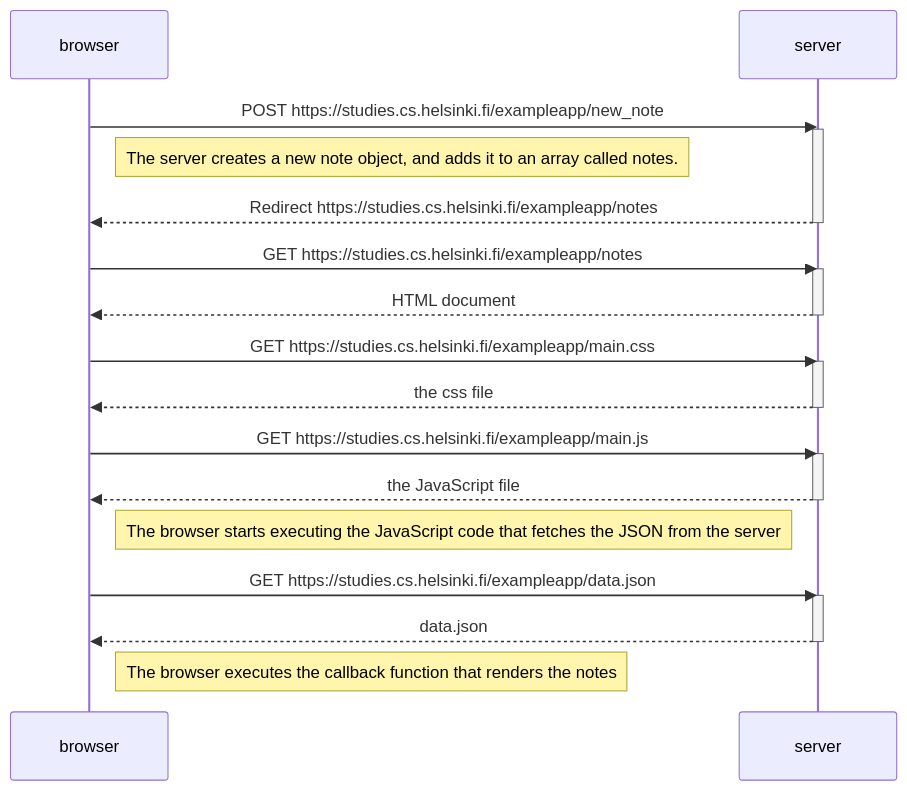
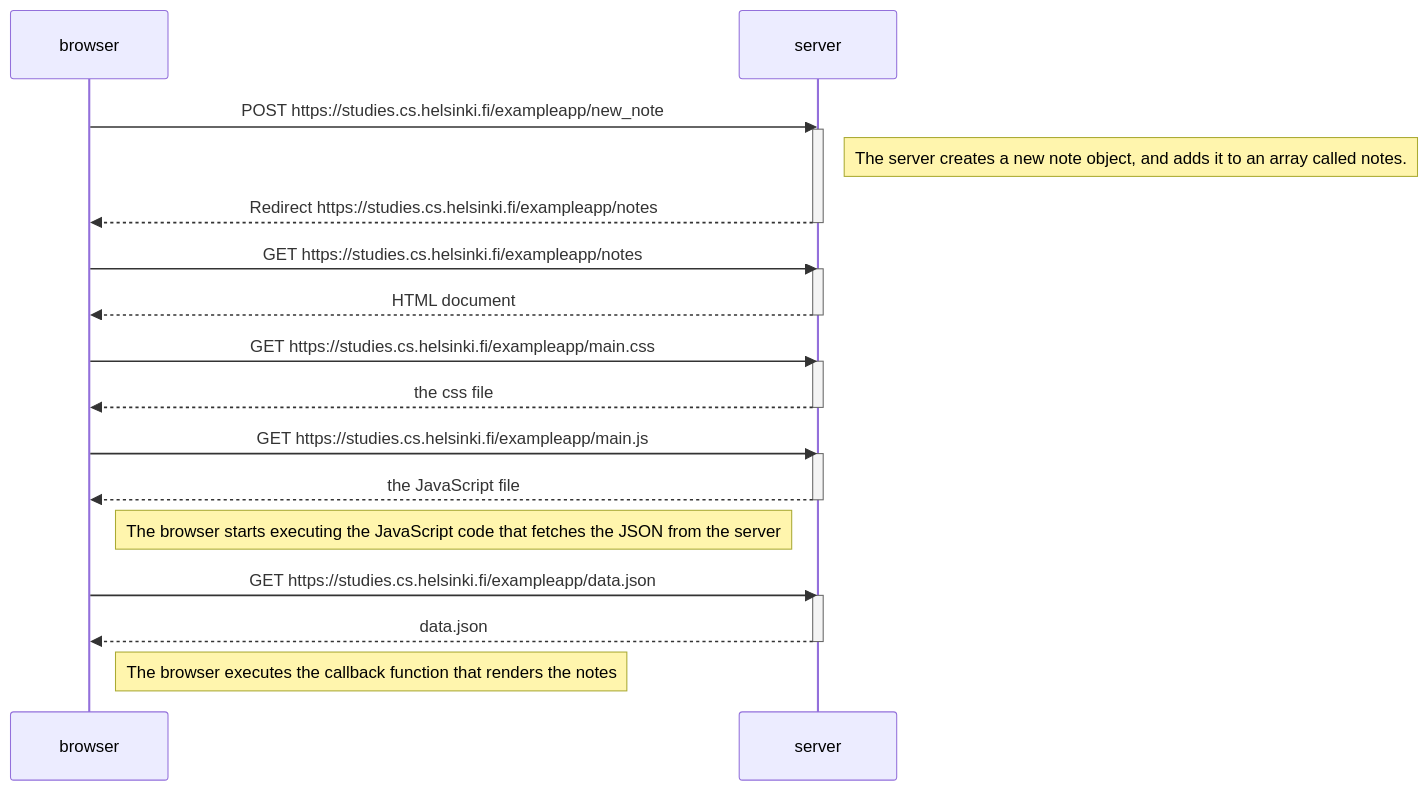
One commit to tasjen/fso-0 changed the diagram in README.md. Above: the diagram before and after it, drawn with Mermaid.

````diff
--- a/README.md
+++ b/README.md
@@ -1,35 +1,35 @@
 ```mermaid
 sequenceDiagram
     participant browser
     participant server
 
     browser->>server: POST https://studies.cs.helsinki.fi/exampleapp/new_note
     activate server
-    Note right of browser: The server creates a new note object, and adds it to an array called notes.
+    Note right of server: The server creates a new note object, and adds it to an array called notes.
     server-->>browser: Redirect https://studies.cs.helsinki.fi/exampleapp/notes
     deactivate server
 
     browser->>server: GET https://studies.cs.helsinki.fi/exampleapp/notes
     activate server
     server-->>browser: HTML document
     deactivate server
 
     browser->>server: GET https://studies.cs.helsinki.fi/exampleapp/main.css
     activate server
     server-->>browser: the css file
     deactivate server
 
     browser->>server: GET https://studies.cs.helsinki.fi/exampleapp/main.js
     activate server
     server-->>browser: the JavaScript file
     deactivate server
 
     Note right of browser: The browser starts executing the JavaScript code that fetches the JSON from the server
 
     browser->>server: GET https://studies.cs.helsinki.fi/exampleapp/data.json
     activate server
     server-->>browser: data.json
     deactivate server
 
     Note right of browser: The browser executes the callback function that renders the notes
 ```
````
